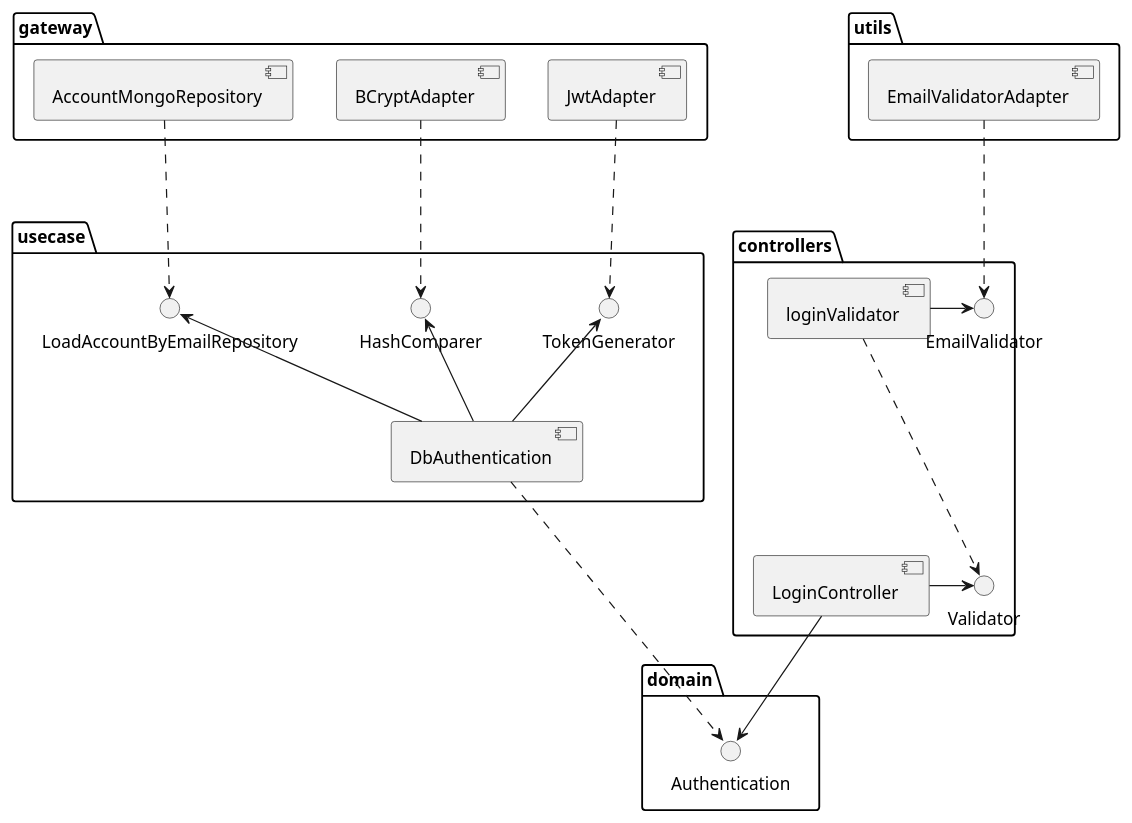
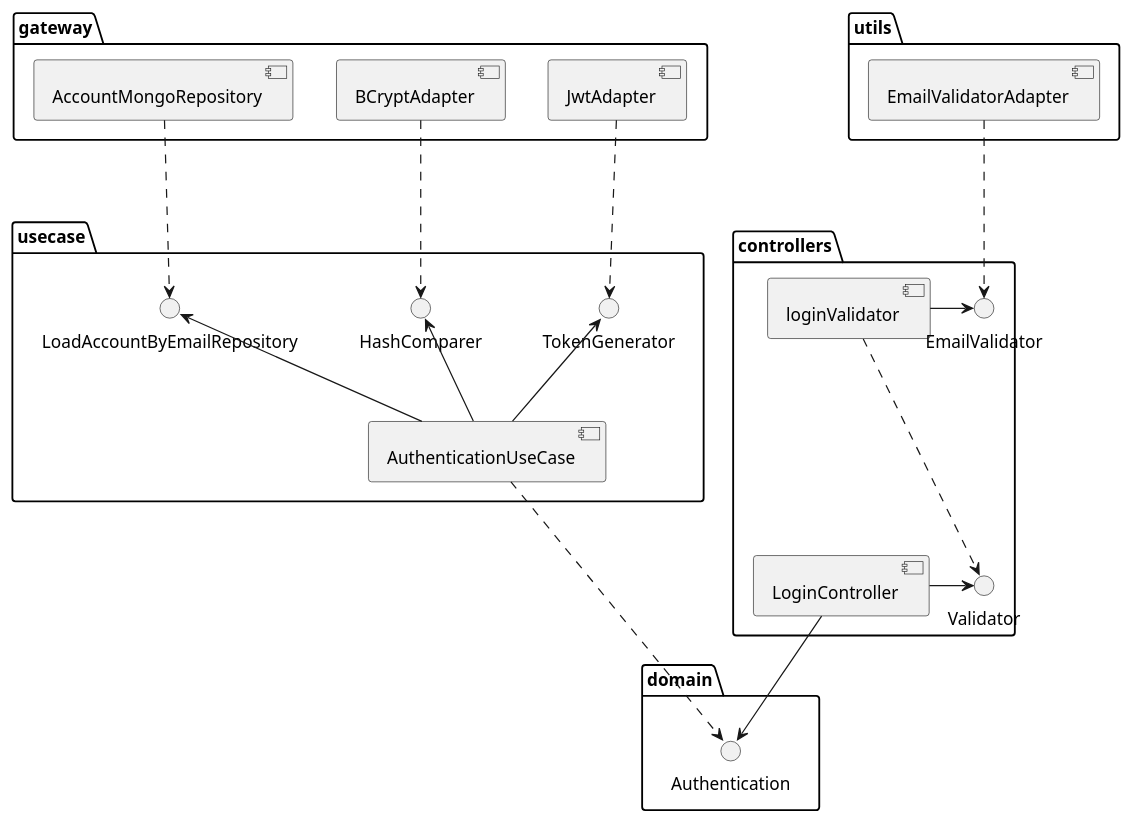
The diagram in docs/login.puml (pcandido/ms-account), drawn with PlantUML before and after one commit. The commit also changed 16 other files, not shown here.

```diff
--- a/docs/login.puml
+++ b/docs/login.puml
@@ -1,36 +1,36 @@
 @startuml login
 
 package controllers {
     [LoginController] -> () Validator
     [loginValidator] -.-> () Validator
     [loginValidator] -> () EmailValidator
 }
 
 package utils {
     [EmailValidatorAdapter]
 }
 
 package domain {
     () Authentication
 }
 
 package usecase {
-    () LoadAccountByEmailRepository <-- [DbAuthentication]
-    () HashComparer <-- [DbAuthentication]
-    () TokenGenerator <-- [DbAuthentication]
+    () LoadAccountByEmailRepository <-- [AuthenticationUseCase]
+    () HashComparer <-- [AuthenticationUseCase]
+    () TokenGenerator <-- [AuthenticationUseCase]
 }
 
 package gateway {
     [AccountMongoRepository]
     [BCryptAdapter]
     [JwtAdapter]
 }
 
 EmailValidatorAdapter -.-> EmailValidator
 LoginController --> Authentication
-DbAuthentication -.-> Authentication
+AuthenticationUseCase -.-> Authentication
 AccountMongoRepository -.-> LoadAccountByEmailRepository
 BCryptAdapter -.-> HashComparer
 JwtAdapter -.-> TokenGenerator
 
 @enduml
```
